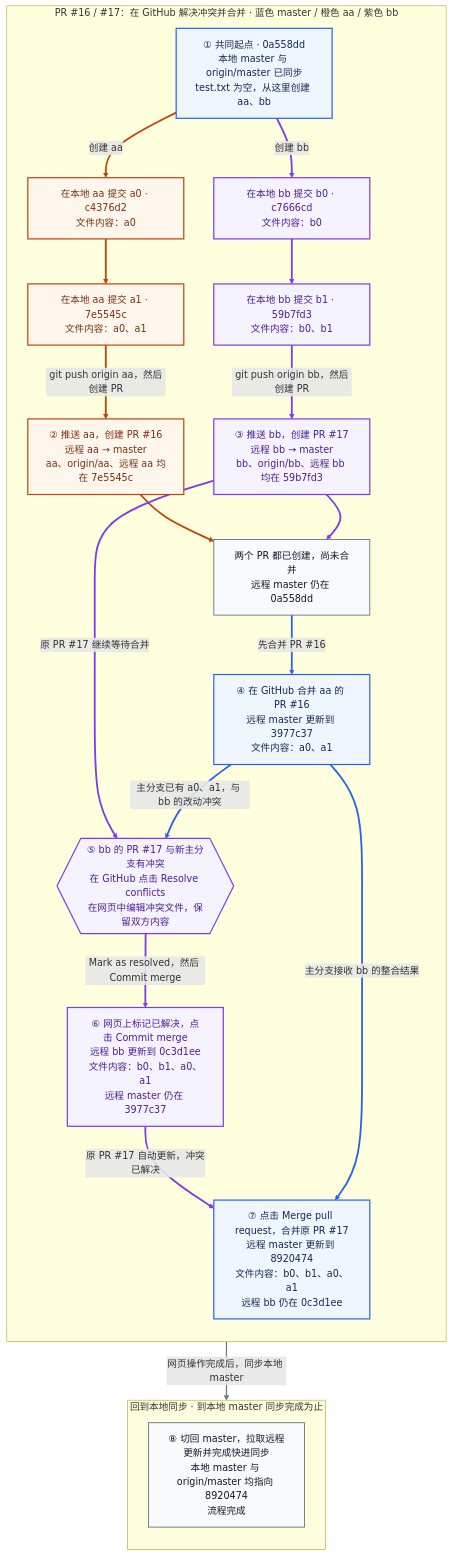
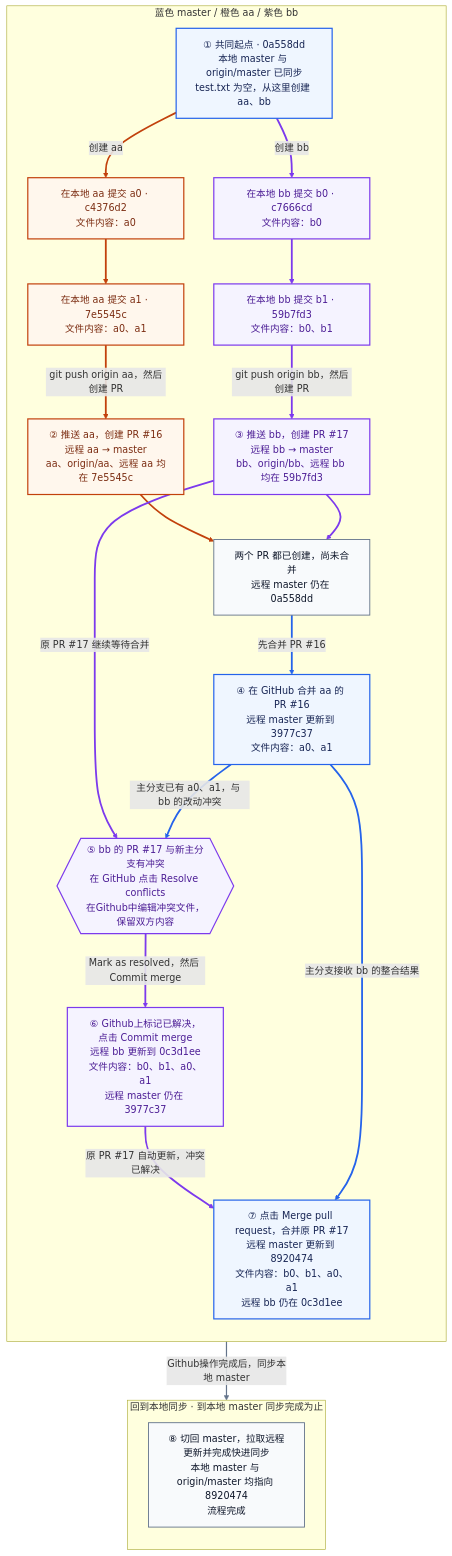
One commit to dcdmm/Script changed the diagram in git-team-workflow-github-conflicts.md. Above: the diagram before and after it, drawn with Mermaid. The commit also changed other lines of this file and 2 other files, not shown here.

Commit message:
优化

````diff
--- a/git-team-workflow-github-conflicts.md
+++ b/git-team-workflow-github-conflicts.md
@@ -1,55 +1,55 @@
 ```mermaid
 flowchart TD
-    subgraph WORK["PR #16 / #17：在 GitHub 解决冲突并合并 · 蓝色 master / 橙色 aa / 紫色 bb"]
+    subgraph WORK["蓝色 master / 橙色 aa / 紫色 bb"]
         direction TD
 
         O["① 共同起点 · 0a558dd<br/>本地 master 与 origin/master 已同步<br/>test.txt 为空，从这里创建 aa、bb"]
         A0["在本地 aa 提交 a0 · c4376d2<br/>文件内容：a0"]
         A1["在本地 aa 提交 a1 · 7e5545c<br/>文件内容：a0、a1"]
         PA["② 推送 aa，创建 PR #16<br/>远程 aa → master<br/>aa、origin/aa、远程 aa 均在 7e5545c"]
         B0["在本地 bb 提交 b0 · c7666cd<br/>文件内容：b0"]
         B1["在本地 bb 提交 b1 · 59b7fd3<br/>文件内容：b0、b1"]
         PB["③ 推送 bb，创建 PR #17<br/>远程 bb → master<br/>bb、origin/bb、远程 bb 均在 59b7fd3"]
         READY["两个 PR 都已创建，尚未合并<br/>远程 master 仍在 0a558dd"]
         P16["④ 在 GitHub 合并 aa 的 PR #16<br/>远程 master 更新到 3977c37<br/>文件内容：a0、a1"]
-        X{{"⑤ bb 的 PR #17 与新主分支有冲突<br/>在 GitHub 点击 Resolve conflicts<br/>在网页中编辑冲突文件，保留双方内容"}}
-        M["⑥ 网页上标记已解决，点击 Commit merge<br/>远程 bb 更新到 0c3d1ee<br/>文件内容：b0、b1、a0、a1<br/>远程 master 仍在 3977c37"]
+        X{{"⑤ bb 的 PR #17 与新主分支有冲突<br/>在 GitHub 点击 Resolve conflicts<br/>在Github中编辑冲突文件，保留双方内容"}}
+        M["⑥ Github上标记已解决，点击 Commit merge<br/>远程 bb 更新到 0c3d1ee<br/>文件内容：b0、b1、a0、a1<br/>远程 master 仍在 3977c37"]
         P17["⑦ 点击 Merge pull request，合并原 PR #17<br/>远程 master 更新到 8920474<br/>文件内容：b0、b1、a0、a1<br/>远程 bb 仍在 0c3d1ee"]
     end
 
     subgraph FINISH["回到本地同步 · 到本地 master 同步完成为止"]
         direction TD
         S["⑧ 切回 master，拉取远程更新并完成快进同步<br/>本地 master 与 origin/master 均指向 8920474<br/>流程完成"]
     end
 
     O -->|"创建 aa"| A0
     A0 --> A1
     A1 -->|"git push origin aa，然后创建 PR"| PA
     O -->|"创建 bb"| B0
     B0 --> B1
     B1 -->|"git push origin bb，然后创建 PR"| PB
     PA --> READY
     PB --> READY
     READY -->|"先合并 PR #16"| P16
     PB -->|"原 PR #17 继续等待合并"| X
     P16 -->|"主分支已有 a0、a1，与 bb 的改动冲突"| X
     X -->|"Mark as resolved，然后 Commit merge"| M
     M -->|"原 PR #17 自动更新，冲突已解决"| P17
     P16 -->|"主分支接收 bb 的整合结果"| P17
-    P17 -->|"网页操作完成后，同步本地 master"| S
+    P17 -->|"Github操作完成后，同步本地 master"| S
 
     classDef mainNode fill:#eff6ff,stroke:#2563eb,color:#172554,stroke-width:2px;
     classDef aaNode fill:#fff7ed,stroke:#c2410c,color:#7c2d12,stroke-width:2px;
     classDef bbNode fill:#f5f3ff,stroke:#7c3aed,color:#4c1d95,stroke-width:2px;
     classDef actionNode fill:#f8fafc,stroke:#64748b,color:#0f172a,stroke-width:1.5px;
 
     class O,P16,P17 mainNode;
     class A0,A1,PA aaNode;
     class B0,B1,PB,X,M bbNode;
     class READY,S actionNode;
 
     linkStyle 0,1,2,6 stroke:#c2410c,stroke-width:3px;
     linkStyle 3,4,5,7,9,11,12 stroke:#7c3aed,stroke-width:3px;
     linkStyle 8,10,13 stroke:#2563eb,stroke-width:3px;
     linkStyle 14 stroke:#64748b,stroke-width:2px;
 ```
````
